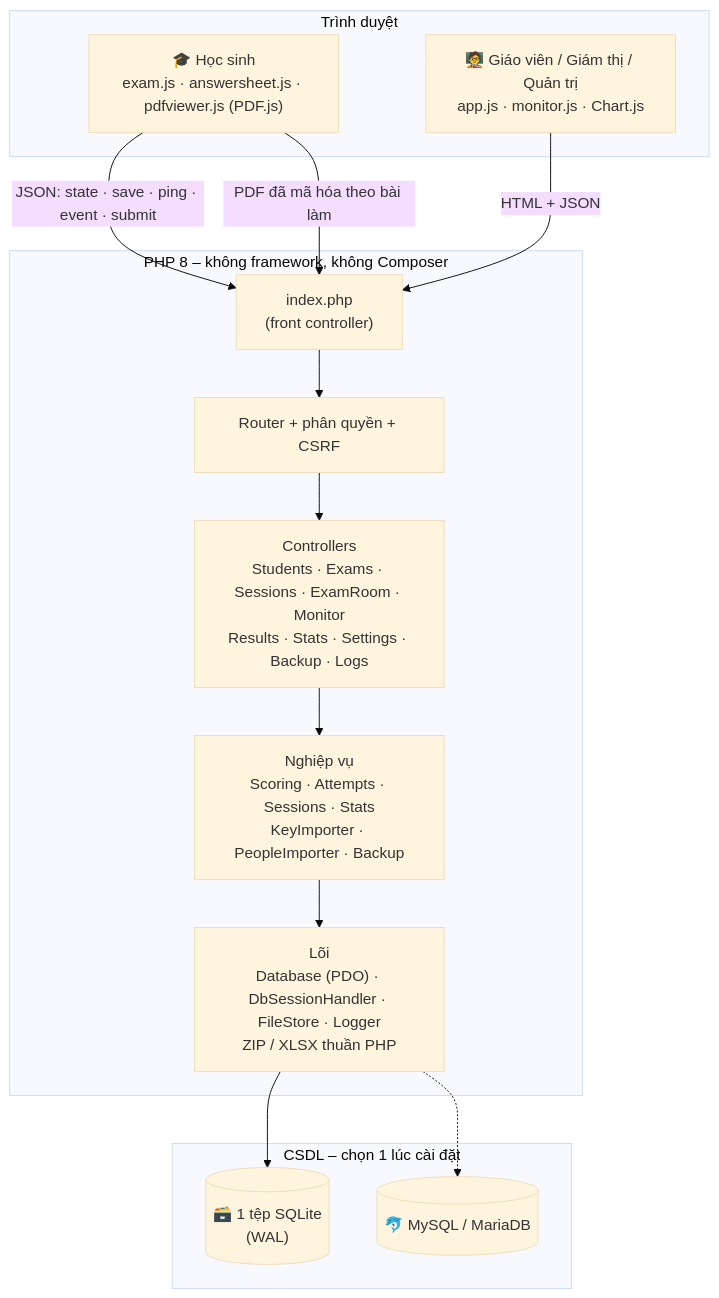
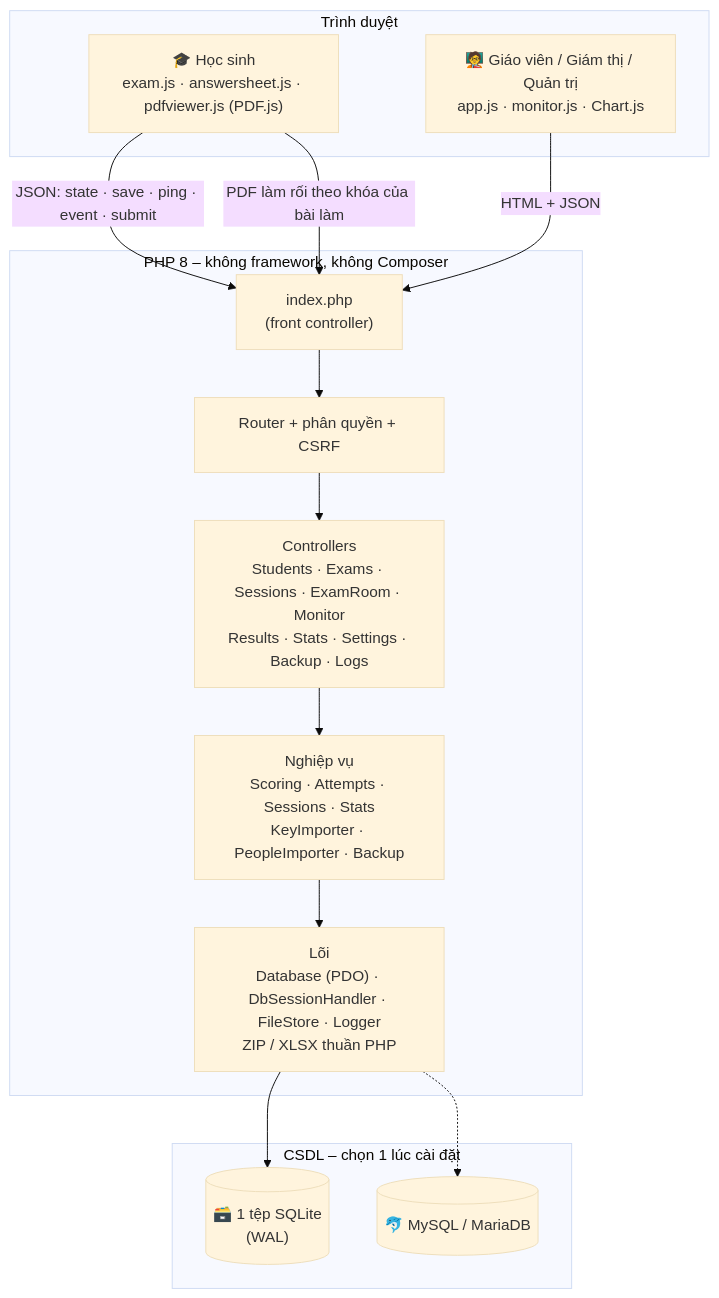
The second of 5 diagrams in README.md (tlearnvn/web-thi-tracnghiem-totnghiep), drawn with Mermaid (base theme) before and after one commit. The commit also changed other lines of this file and 21 other files, not shown here.

````diff
--- a/README.md
+++ b/README.md
@@ -151,22 +158,22 @@
 ```mermaid
 flowchart TB
     subgraph Client["Trình duyệt"]
         HS["🎓 Học sinh<br/>exam.js · answersheet.js · pdfviewer.js (PDF.js)"]
         GV["🧑‍🏫 Giáo viên / Giám thị / Quản trị<br/>app.js · monitor.js · Chart.js"]
     end
     subgraph Server["PHP 8 – không framework, không Composer"]
         FC["index.php<br/>(front controller)"] --> R["Router + phân quyền + CSRF"]
         R --> CT["Controllers<br/>Students · Exams · Sessions · ExamRoom · Monitor<br/>Results · Stats · Settings · Backup · Logs"]
         CT --> LB["Nghiệp vụ<br/>Scoring · Attempts · Sessions · Stats<br/>KeyImporter · PeopleImporter · Backup"]
         LB --> CORE["Lõi<br/>Database (PDO) · DbSessionHandler · FileStore · Logger<br/>ZIP / XLSX thuần PHP"]
     end
     subgraph DB["CSDL – chọn 1 lúc cài đặt"]
         SQ[("🗃️ 1 tệp SQLite<br/>(WAL)")]
         MY[("🐬 MySQL / MariaDB")]
     end
     HS -- "JSON: state · save · ping · event · submit" --> FC
-    HS -- "PDF đã mã hóa theo bài làm" --> FC
+    HS -- "PDF làm rối theo khóa của bài làm" --> FC
     GV -- "HTML + JSON" --> FC
     CORE --> SQ
     CORE -.-> MY
 ```
````
